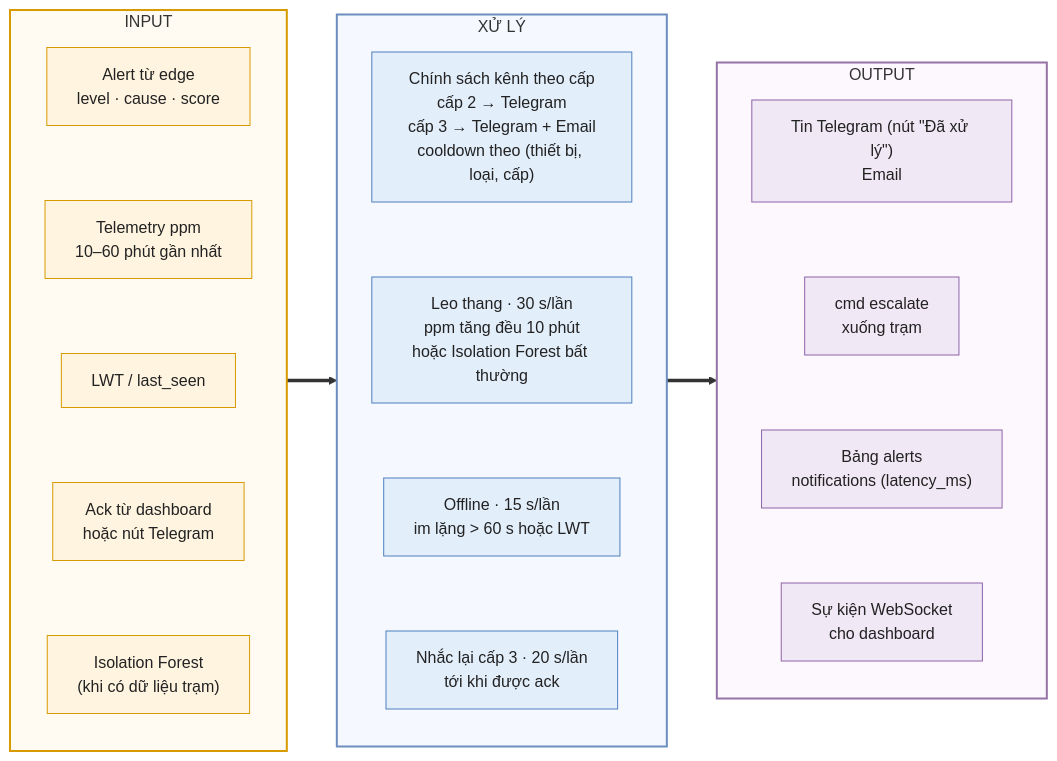
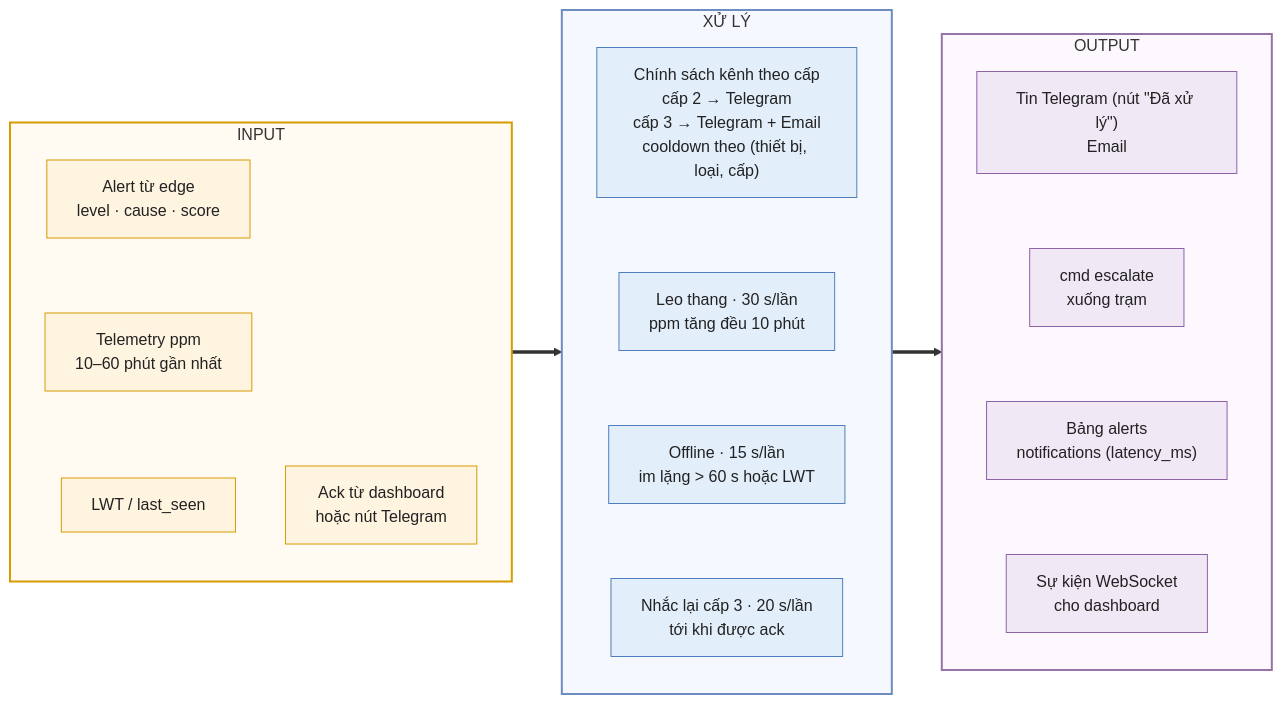
One commit to danhle396/pythonnhung changed the third of 6 diagrams in docs/architecture/ipo.md. Above: the diagram before and after it, drawn with Mermaid. The commit also changed other lines of this file and 176 other files, not shown here.

````diff
--- a/docs/architecture/ipo.md
+++ b/docs/architecture/ipo.md
@@ -119,38 +119,37 @@
 ```mermaid
 flowchart LR
     subgraph I["INPUT"]
         direction TB
         i1["Alert từ edge<br/>level · cause · score"]
         i2["Telemetry ppm<br/>10–60 phút gần nhất"]
         i3["LWT / last_seen"]
         i4["Ack từ dashboard<br/>hoặc nút Telegram"]
-        i5["Isolation Forest<br/>(khi có dữ liệu trạm)"]
-        i1 ~~~ i2 ~~~ i3 ~~~ i4 ~~~ i5
+        i1 ~~~ i2 ~~~ i3
     end
     subgraph P["XỬ LÝ"]
         direction TB
         p1["Chính sách kênh theo cấp<br/>cấp 2 → Telegram<br/>cấp 3 → Telegram + Email<br/>cooldown theo (thiết bị, loại, cấp)"]
-        p2["Leo thang · 30 s/lần<br/>ppm tăng đều 10 phút<br/>hoặc Isolation Forest bất thường"]
+        p2["Leo thang · 30 s/lần<br/>ppm tăng đều 10 phút"]
         p3["Offline · 15 s/lần<br/>im lặng > 60 s hoặc LWT"]
         p4["Nhắc lại cấp 3 · 20 s/lần<br/>tới khi được ack"]
         p1 ~~~ p2 ~~~ p3 ~~~ p4
     end
     subgraph O["OUTPUT"]
         direction TB
         o1["Tin Telegram (nút &quot;Đã xử lý&quot;)<br/>Email"]
         o2["cmd escalate<br/>xuống trạm"]
         o3["Bảng alerts<br/>notifications (latency_ms)"]
         o4["Sự kiện WebSocket<br/>cho dashboard"]
         o1 ~~~ o2 ~~~ o3 ~~~ o4
     end
     I ==> P ==> O
     classDef inp fill:#FFF4E0,stroke:#D79B00,color:#222
     classDef prc fill:#E3EEFB,stroke:#4F7FBF,color:#222
     classDef out fill:#F1E8F6,stroke:#8E63A8,color:#222
     class i1,i2,i3,i4,i5 inp
     class p1,p2,p3,p4 prc
     class o1,o2,o3,o4 out
     style I fill:#FFFBF3,stroke:#D79B00,stroke-width:2px
     style P fill:#F5F9FF,stroke:#6C8EBF,stroke-width:2px
     style O fill:#FCF8FD,stroke:#9673A6,stroke-width:2px
 ```
````
